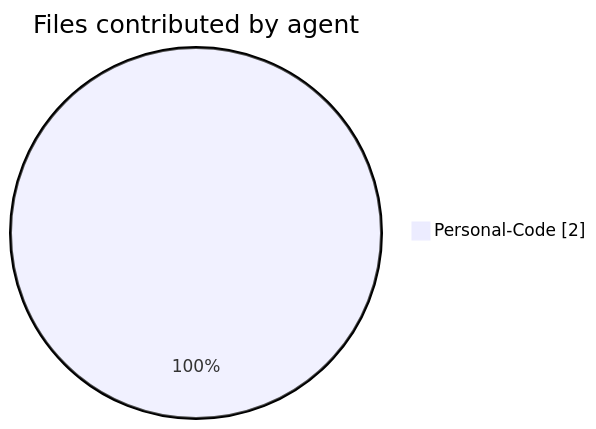
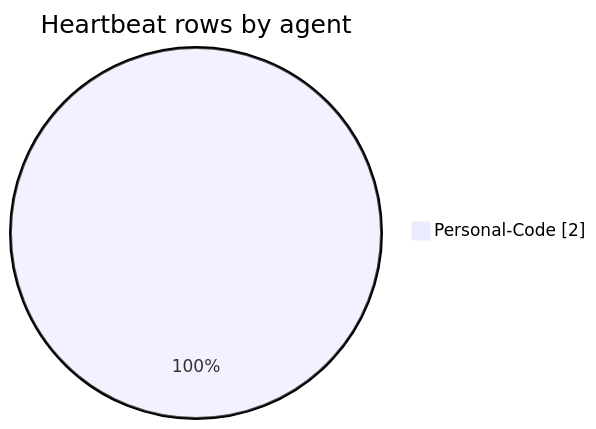
The second of 4 diagrams in agent-sandbox/drive/01 Shared Memory/Heartbeat Dashboard.md (KwameNeutron/BULWARK), drawn with Mermaid before and after one commit. The commit also changed other lines of this file and 4 other files, not shown here.

````diff
--- a/agent-sandbox/drive/01 Shared Memory/Heartbeat Dashboard.md
+++ b/agent-sandbox/drive/01 Shared Memory/Heartbeat Dashboard.md
@@ -71,5 +73,5 @@
 ```mermaid
 pie showData
-  title Files contributed by agent
+  title Heartbeat rows by agent
   "Personal-Code" : 2
 ```
````
